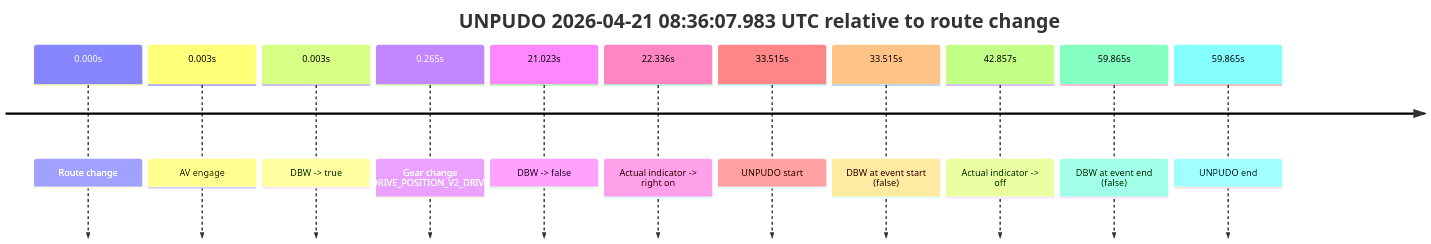
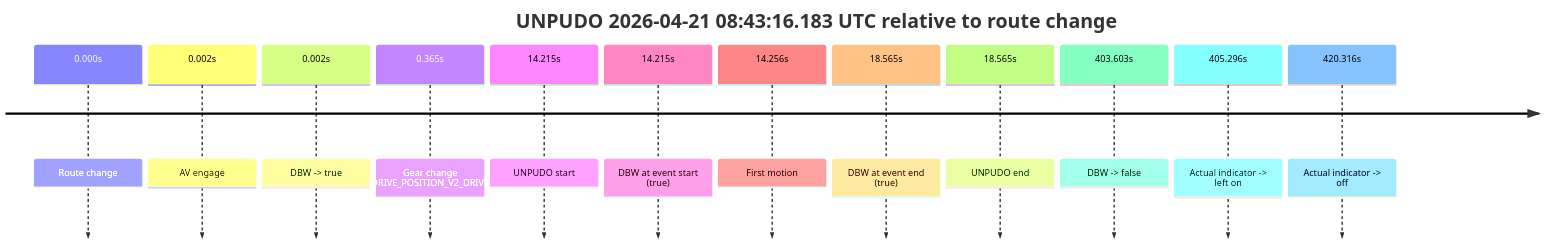
One commit to yoelshapiro/vault changed the first of 4 diagrams in model_analysis/report_cards/2026/04/Week-4/fme20038--2026-04-21--08-28-49--gen2-av-39637566-e5c2-44a6-87cc-8c6b8aafa0bd.md. Above: the diagram before and after it, drawn with Mermaid. The commit also changed other lines of this file and 1 other file, not shown here.

````diff
--- a/model_analysis/report_cards/2026/04/Week-4/fme20038--2026-04-21--08-28-49--gen2-av-39637566-e5c2-44a6-87cc-8c6b8aafa0bd.md
+++ b/model_analysis/report_cards/2026/04/Week-4/fme20038--2026-04-21--08-28-49--gen2-av-39637566-e5c2-44a6-87cc-8c6b8aafa0bd.md
@@ -44,15 +45,16 @@
 ```mermaid
 timeline
-    title UNPUDO 2026-04-21 08:36:07.983 UTC relative to route change
+    title UNPUDO 2026-04-21 08:43:16.183 UTC relative to route change
     0.000s : Route change
-    0.003s : AV engage
-    0.003s : DBW -> true
-    0.265s : Gear change (DRIVE_POSITION_V2_DRIVE)
-    21.023s : DBW -> false
-    22.336s : Actual indicator -> right on
-    33.515s : UNPUDO start
-    33.515s : DBW at event start (false)
-    42.857s : Actual indicator -> off
-    59.865s : DBW at event end (false)
-    59.865s : UNPUDO end
+    0.002s : AV engage
+    0.002s : DBW -> true
+    0.365s : Gear change (DRIVE_POSITION_V2_DRIVE)
+    14.215s : UNPUDO start
+    14.215s : DBW at event start (true)
+    14.256s : First motion
+    18.565s : DBW at event end (true)
+    18.565s : UNPUDO end
+    403.603s : DBW -> false
+    405.296s : Actual indicator -> left on
+    420.316s : Actual indicator -> off
 ```
````
